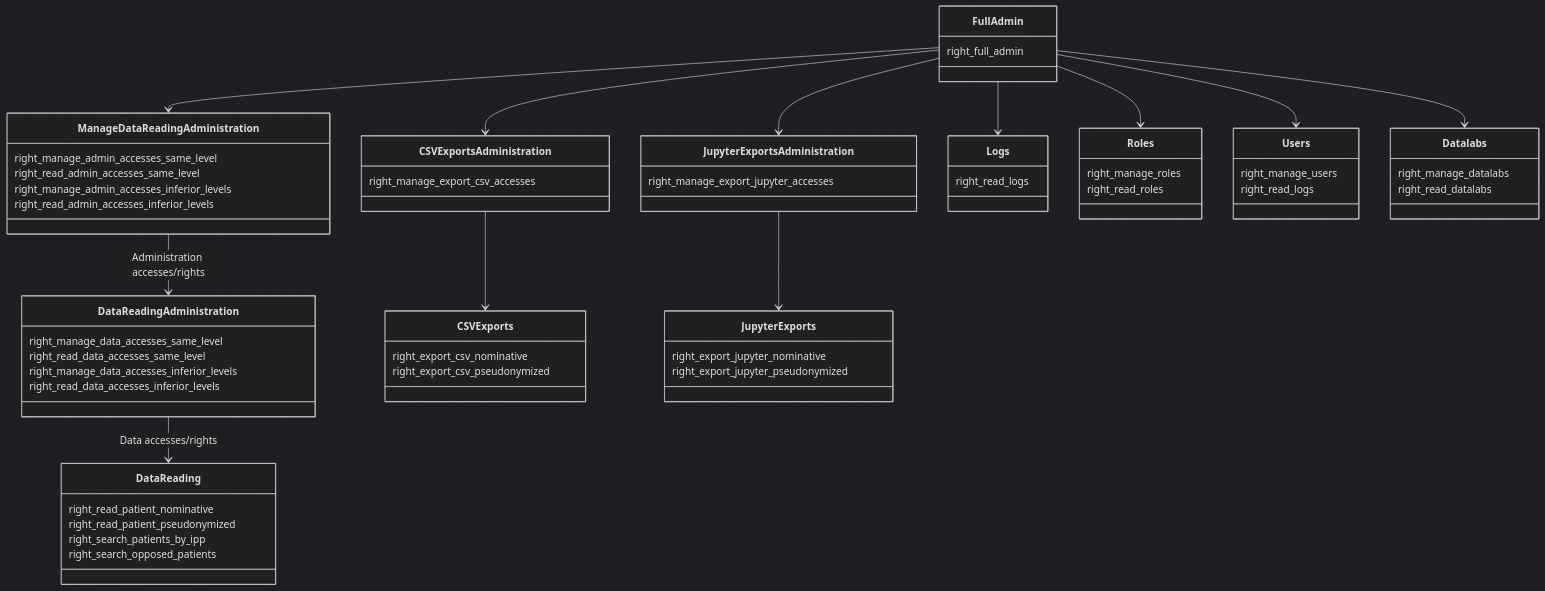
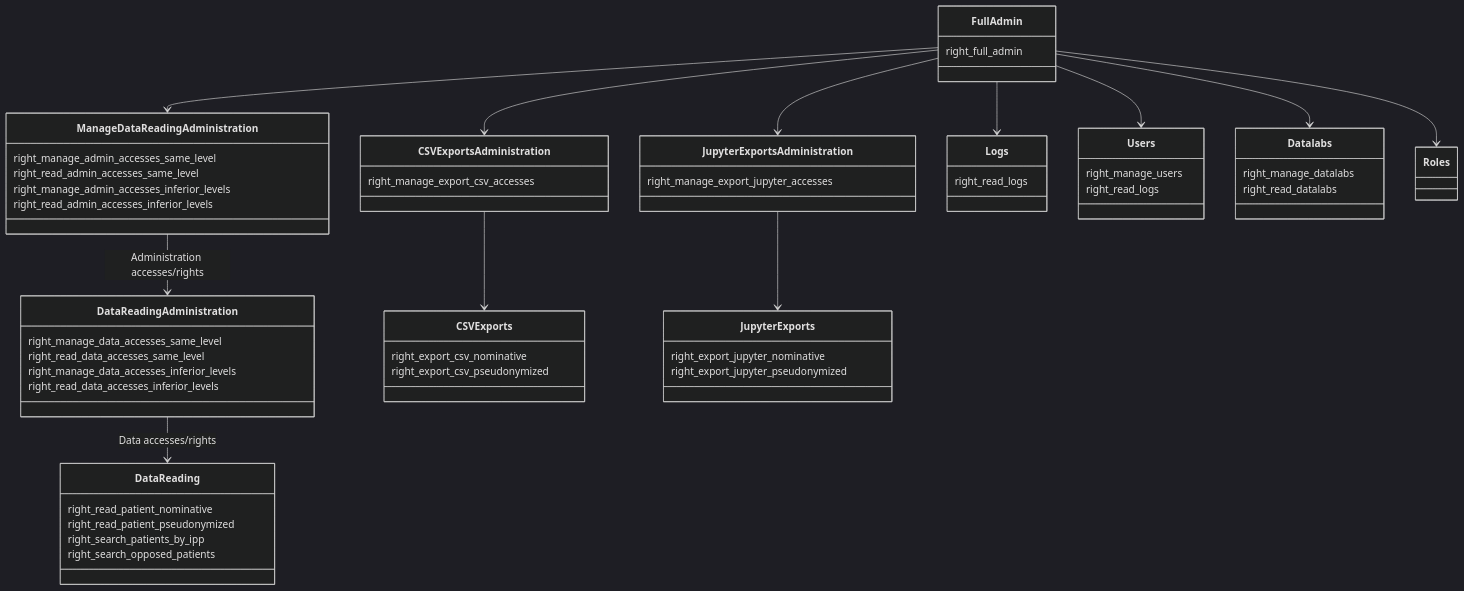
The first of 17 diagrams in accesses/rights_schema.md (aphp/Cohort360-Back-end), drawn with Mermaid (dark theme) before and after one commit. The commit also changed other lines of this file and 20 other files, not shown here.

Commit message:
refactor: remove rights manage/read roles

````diff
--- a/accesses/rights_schema.md
+++ b/accesses/rights_schema.md
@@ -1,69 +1,65 @@
 ```mermaid
 classDiagram
 class FullAdmin {
   right_full_admin
 }
 class ManageDataReadingAdministration {
   right_manage_admin_accesses_same_level
   right_read_admin_accesses_same_level
   right_manage_admin_accesses_inferior_levels
   right_read_admin_accesses_inferior_levels
 }
 class DataReadingAdministration {
   right_manage_data_accesses_same_level
   right_read_data_accesses_same_level
   right_manage_data_accesses_inferior_levels
   right_read_data_accesses_inferior_levels
 }
 class DataReading {
   right_read_patient_nominative
   right_read_patient_pseudonymized
   right_search_patients_by_ipp
   right_search_opposed_patients
 }
 class CSVExportsAdministration {
   right_manage_export_csv_accesses
 }
 class JupyterExportsAdministration {
   right_manage_export_jupyter_accesses
 }
 class CSVExports {
   right_export_csv_nominative
   right_export_csv_pseudonymized
 }
 class JupyterExports {
   right_export_jupyter_nominative
   right_export_jupyter_pseudonymized
 }
 class Logs {
   right_read_logs
 }
-class Roles {
-  right_manage_roles
-  right_read_roles
-}
 class Users {
   right_manage_users
   right_read_logs
 }
 class Datalabs {
   right_manage_datalabs
   right_read_datalabs
 }
 
 FullAdmin --> ManageDataReadingAdministration
 ManageDataReadingAdministration --> DataReadingAdministration : Administration accesses/rights
 DataReadingAdministration --> DataReading : Data accesses/rights
 FullAdmin --> CSVExportsAdministration
 FullAdmin --> JupyterExportsAdministration
 FullAdmin --> Logs
 FullAdmin --> Roles
 FullAdmin --> Users
 FullAdmin --> Datalabs
 CSVExportsAdministration-->CSVExports
 JupyterExportsAdministration-->JupyterExports
 Logs
 Roles
 Users
 Datalabs
 ```
````
